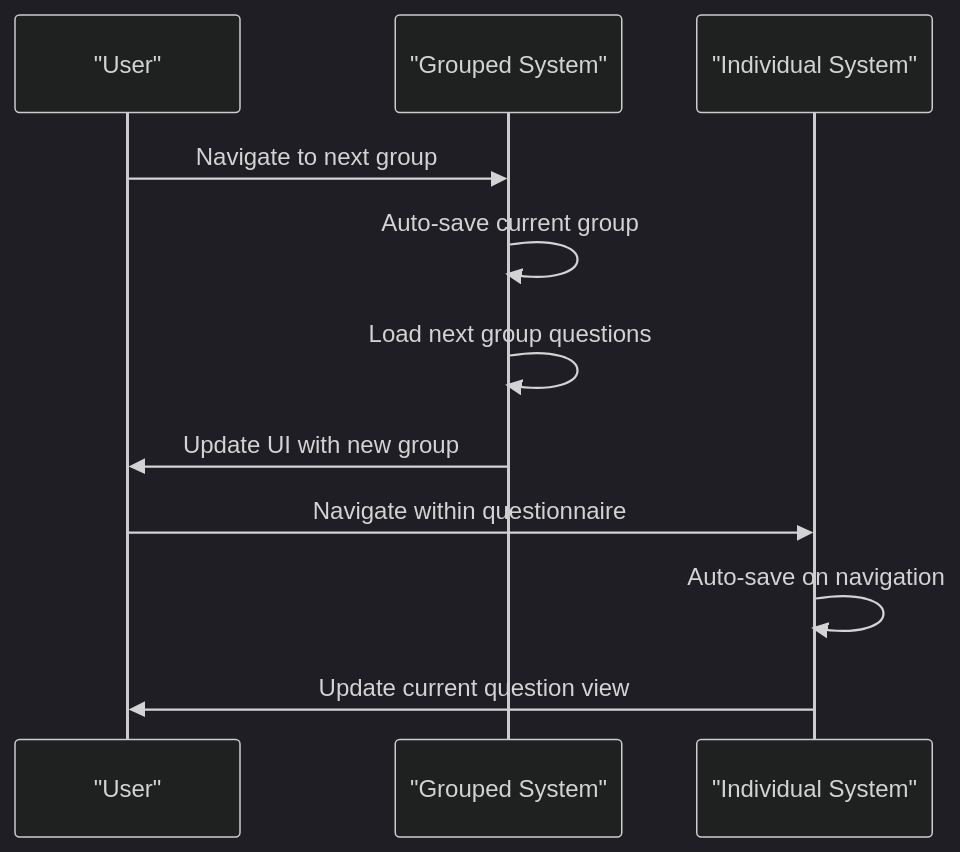
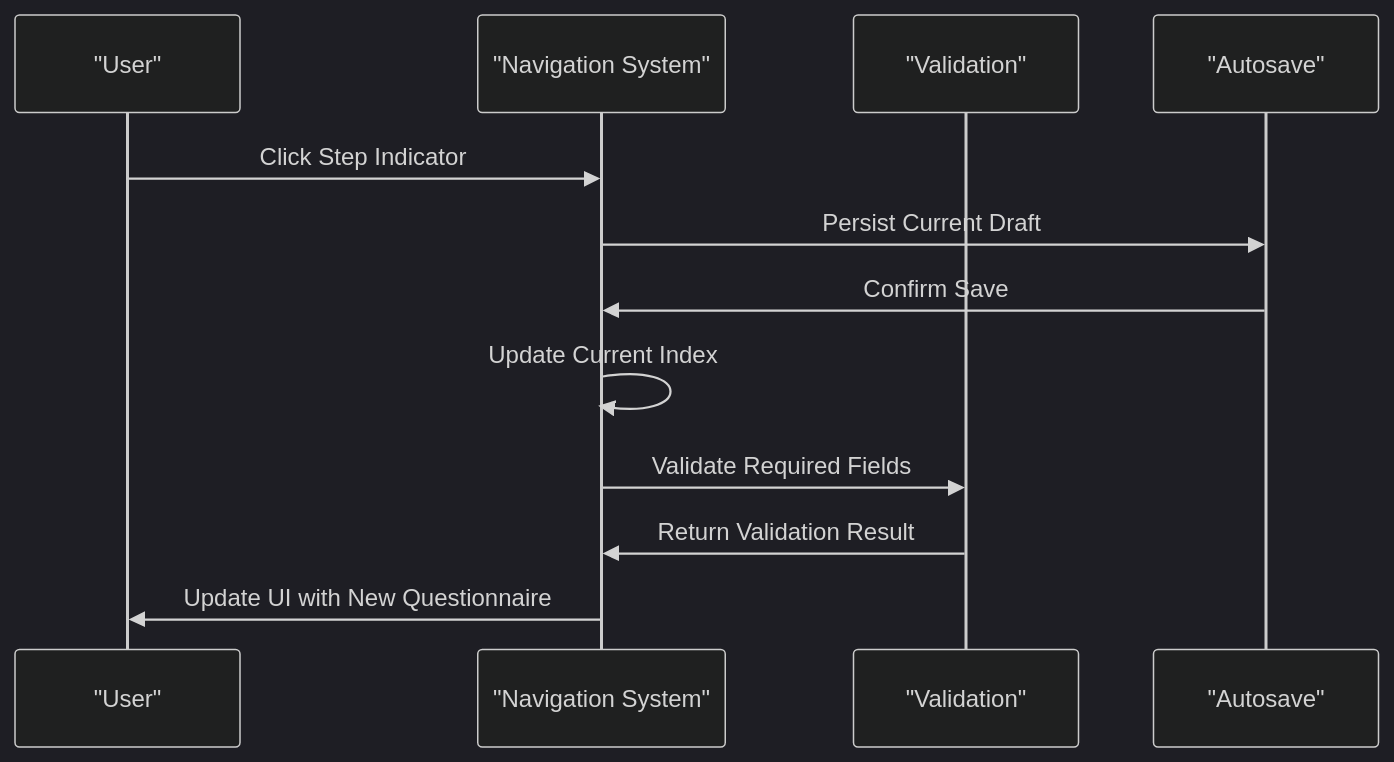
The third of 8 diagrams in .qoder/repowiki/en/content/Core Features/Evaluation Workflows/Questionnaire Filling Interface.md (rudicatsmile/assesment360), drawn with Mermaid (dark theme) before and after one commit. The commit also changed other lines of this file and 15 other files, not shown here.

````diff
--- a/.qoder/repowiki/en/content/Core Features/Evaluation Workflows/Questionnaire Filling Interface.md
+++ b/.qoder/repowiki/en/content/Core Features/Evaluation Workflows/Questionnaire Filling Interface.md
@@ -211,13 +198,14 @@
 ```mermaid
 sequenceDiagram
 participant U as "User"
-participant G as "Grouped System"
-participant I as "Individual System"
-U->>G : Navigate to next group
-G->>G : Auto-save current group
-G->>G : Load next group questions
-G->>U : Update UI with new group
-U->>I : Navigate within questionnaire
-I->>I : Auto-save on navigation
-I->>U : Update current question view
+participant N as "Navigation System"
+participant V as "Validation"
+participant A as "Autosave"
+U->>N : Click Step Indicator
+N->>A : Persist Current Draft
+A->>N : Confirm Save
+N->>N : Update Current Index
+N->>V : Validate Required Fields
+V->>N : Return Validation Result
+N->>U : Update UI with New Questionnaire
 ```
````
